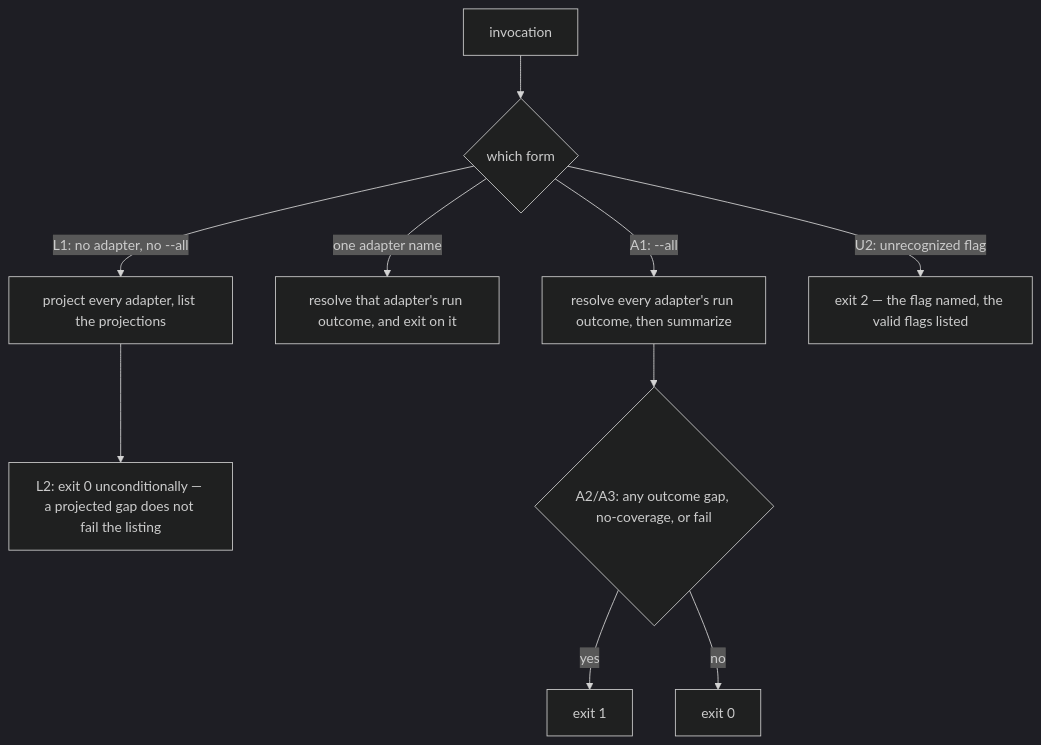
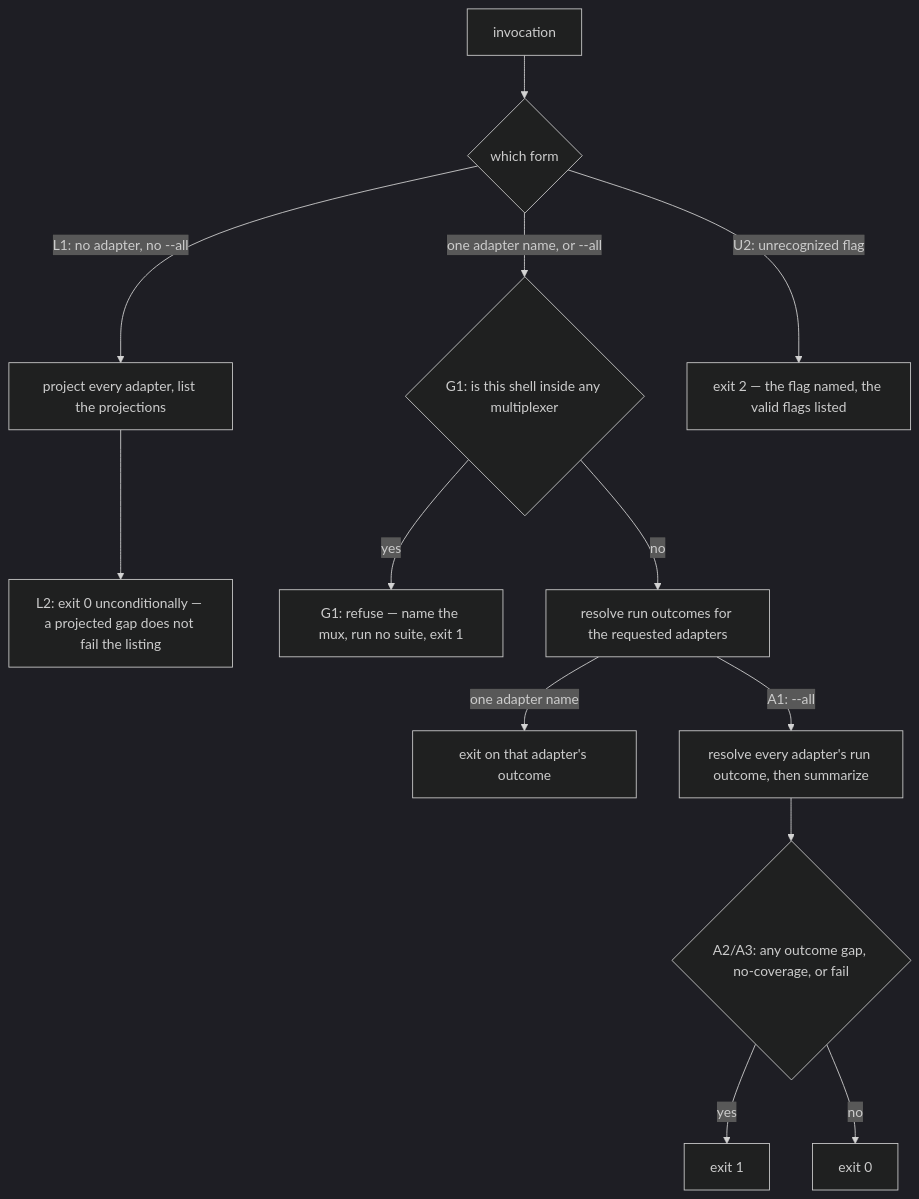
One commit to cyberuni/cyber-mux changed the fourth of 4 diagrams in packages/cyber-mux/.agents/spec/conformance/README.md. Above: the diagram before and after it, drawn with Mermaid (dark theme). The commit also changed other lines of this file and 9 other files, not shown here.

First line of the commit message:
feat(scripts): refuse to run suites from inside a multiplexer, verify --all for real

````diff
--- a/packages/cyber-mux/.agents/spec/conformance/README.md
+++ b/packages/cyber-mux/.agents/spec/conformance/README.md
@@ -194,12 +225,15 @@
 ```mermaid
 graph TD
   ARGS["invocation"] --> M{"which form"}
   M -->|"L1: no adapter, no --all"| LIST["project every adapter, list the projections"]
   LIST --> L2["L2: exit 0 unconditionally — a projected gap does not fail the listing"]
-  M -->|"one adapter name"| ONE["resolve that adapter's run outcome, and exit on it"]
-  M -->|"A1: --all"| ALL["resolve every adapter's run outcome, then summarize"]
+  M -->|"one adapter name, or --all"| G{"G1: is this shell inside any multiplexer"}
+  G -->|"yes"| REFUSE["G1: refuse — name the mux, run no suite, exit 1"]
+  G -->|"no"| ONE["resolve run outcomes for the requested adapters"]
+  ONE -->|"one adapter name"| SINGLE["exit on that adapter's outcome"]
+  ONE -->|"A1: --all"| ALL["resolve every adapter's run outcome, then summarize"]
   ALL --> AGG{"A2/A3: any outcome gap, no-coverage, or fail"}
   AGG -->|"yes"| A2["exit 1"]
   AGG -->|"no"| A3["exit 0"]
   M -->|"U2: unrecognized flag"| UF["exit 2 — the flag named, the valid flags listed"]
 ```
````
